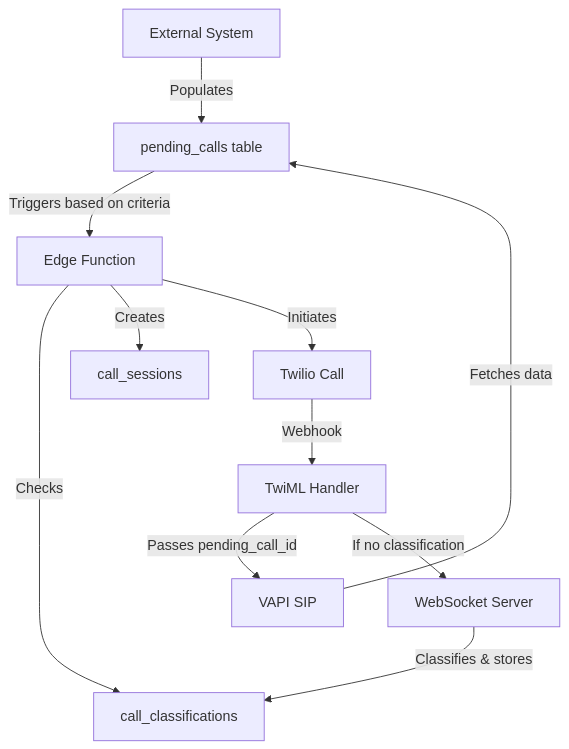
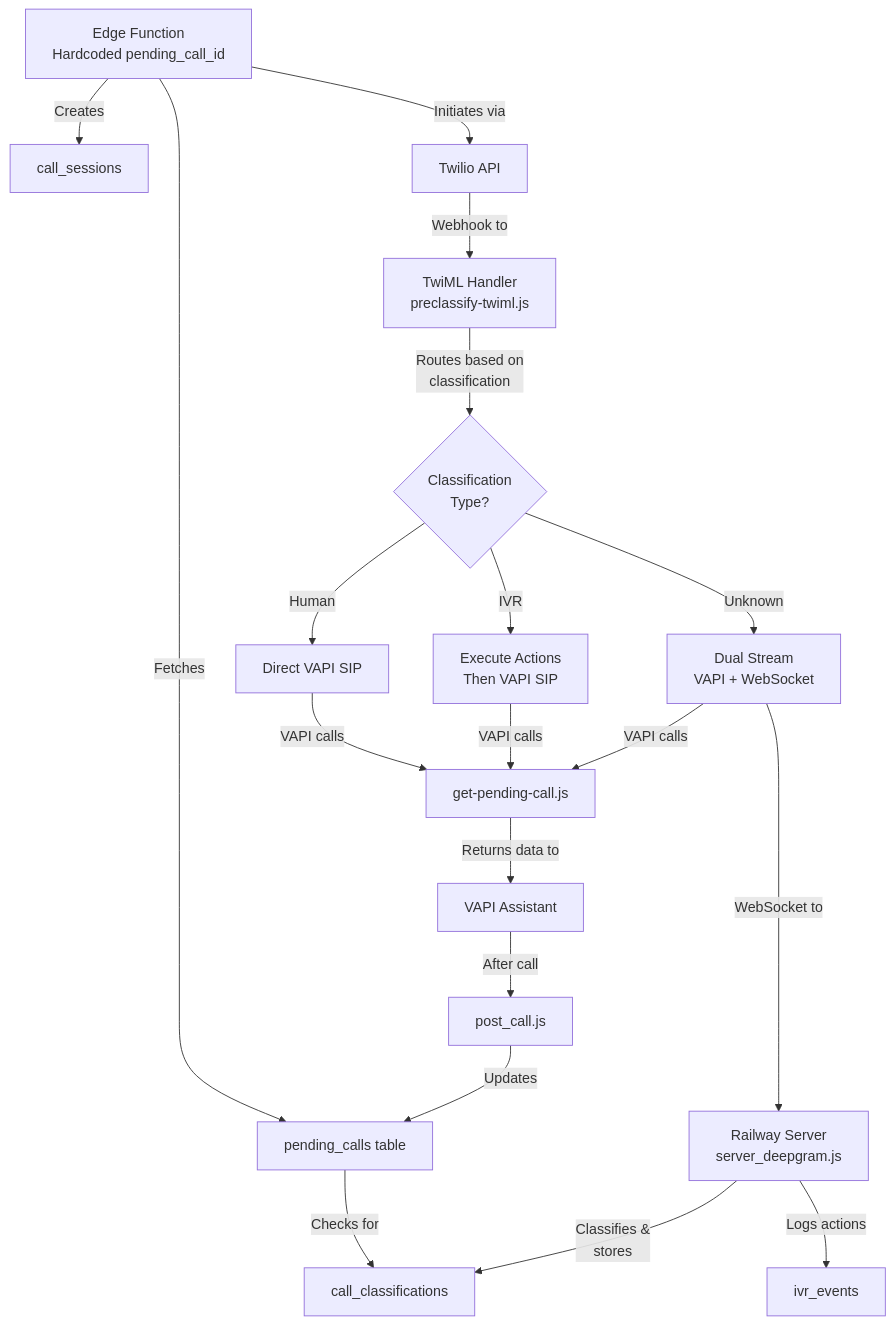
The diagram in logs/TECHNICAL_ARCHITECTURE_TABLES_07-20-2025.md (christopher-palmieri/deepgram-call-handler), drawn with Mermaid before and after one commit. The commit also changed other lines of this file, not shown here.

````diff
--- a/logs/TECHNICAL_ARCHITECTURE_TABLES_07-20-2025.md
+++ b/logs/TECHNICAL_ARCHITECTURE_TABLES_07-20-2025.md
@@ -9,13 +13,25 @@
 ```mermaid
 graph TD
-    A[External System] -->|Populates| B[pending_calls table]
-    B -->|Triggers based on criteria| C[Edge Function]
-    C -->|Checks| D[call_classifications]
-    C -->|Creates| E[call_sessions]
-    C -->|Initiates| F[Twilio Call]
-    F -->|Webhook| G[TwiML Handler]
-    G -->|Passes pending_call_id| H[VAPI SIP]
-    H -->|Fetches data| B
-    G -->|If no classification| I[WebSocket Server]
-    I -->|Classifies & stores| D
+    A[Edge Function<br/>Hardcoded pending_call_id] -->|Fetches| B[pending_calls table]
+    B -->|Checks for| C[call_classifications]
+    A -->|Creates| D[call_sessions]
+    A -->|Initiates via| E[Twilio API]
+    E -->|Webhook to| F[TwiML Handler<br/>preclassify-twiml.js]
+    F -->|Routes based on<br/>classification| G{Classification<br/>Type?}
+    
+    G -->|Human| H[Direct VAPI SIP]
+    G -->|IVR| I[Execute Actions<br/>Then VAPI SIP]
+    G -->|Unknown| J[Dual Stream<br/>VAPI + WebSocket]
+    
+    H -->|VAPI calls| K[get-pending-call.js]
+    I -->|VAPI calls| K
+    J -->|VAPI calls| K
+    
+    J -->|WebSocket to| L[Railway Server<br/>server_deepgram.js]
+    L -->|Classifies &<br/>stores| C
+    L -->|Logs actions| M[ivr_events]
+    
+    K -->|Returns data to| N[VAPI Assistant]
+    N -->|After call| O[post_call.js]
+    O -->|Updates| B
 ```
````
